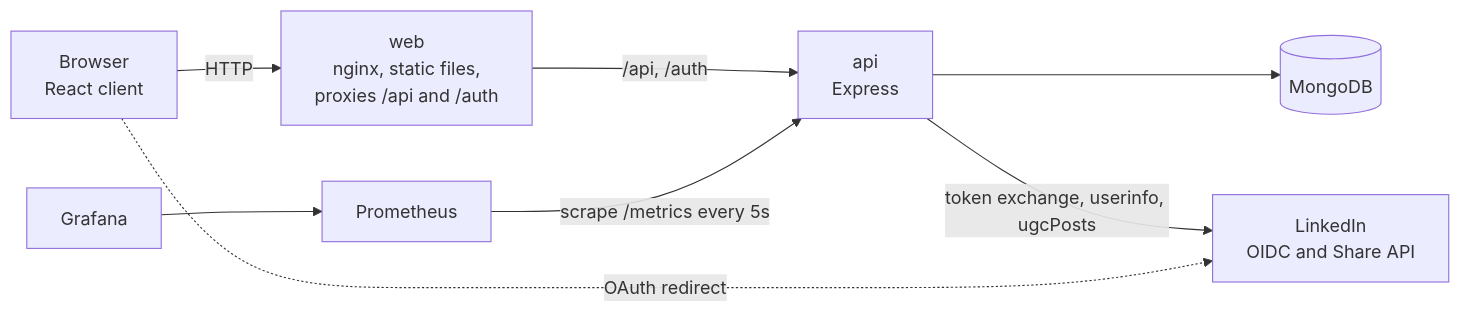
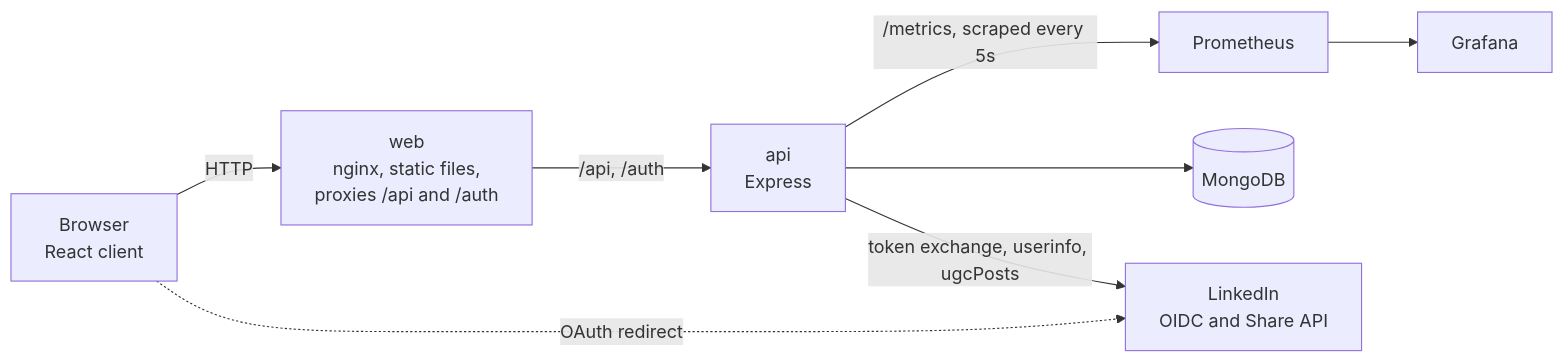
The first of 3 diagrams in docs/architecture.md (psu-edu/sweng861-capstone-bvw5547), drawn with Mermaid before and after one commit.

Commit message:
Place monitoring on the right of the component diagram

````diff
--- a/docs/architecture.md
+++ b/docs/architecture.md
@@ -5,18 +5,18 @@
 ```mermaid
 flowchart LR
   Browser["Browser<br/>React client"]
   Web["web<br/>nginx, static files,<br/>proxies /api and /auth"]
   API["api<br/>Express"]
+  Prom["Prometheus"]
+  Graf["Grafana"]
   Mongo[("MongoDB")]
   LI["LinkedIn<br/>OIDC and Share API"]
-  Prom["Prometheus"]
-  Graf["Grafana"]
 
   Browser -->|HTTP| Web
   Web -->|/api, /auth| API
+  API -->|/metrics, scraped every 5s| Prom
+  Prom --> Graf
   API --> Mongo
   API -->|token exchange, userinfo, ugcPosts| LI
   Browser -.->|OAuth redirect| LI
-  Prom -->|scrape /metrics every 5s| API
-  Graf --> Prom
 ```
````
